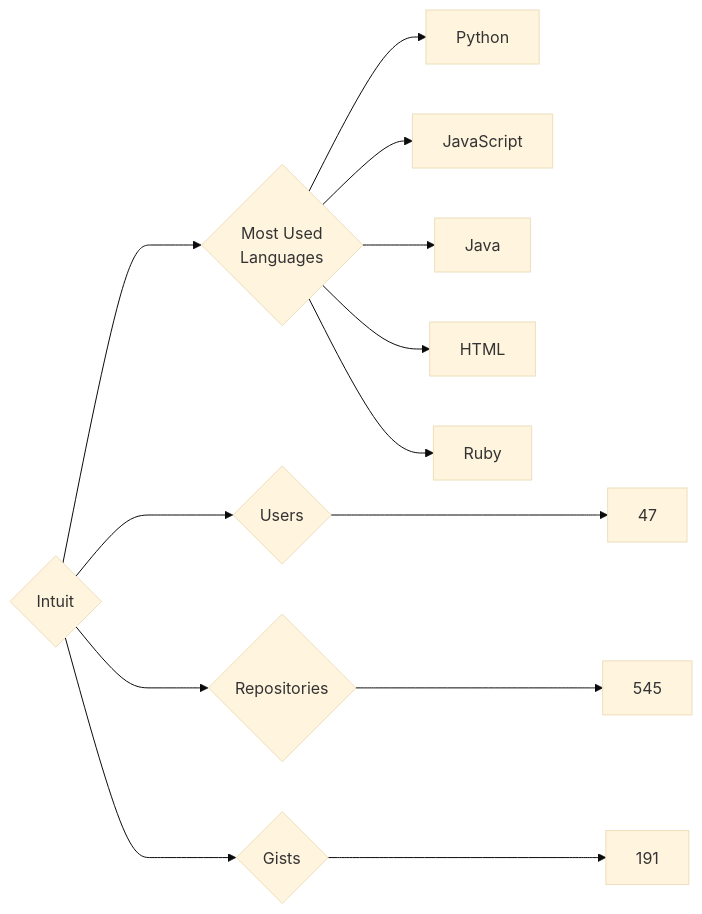
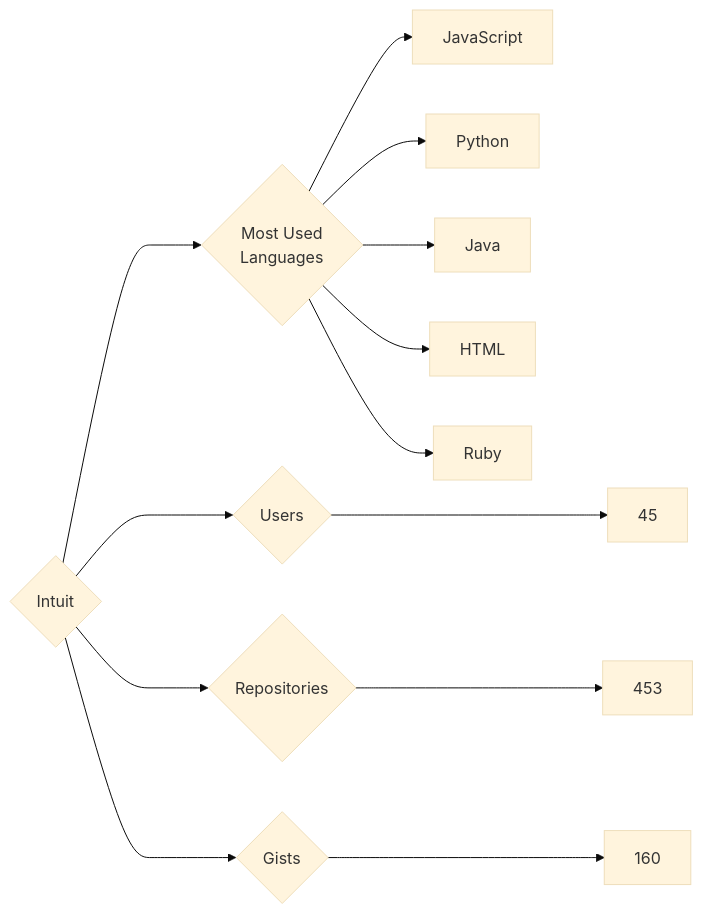
The diagram in targets/Intuit/README.md (trickest/insiders), drawn with Mermaid (base theme) before and after one commit. The commit also changed 951 other files, not shown here.

````diff
--- a/targets/Intuit/README.md
+++ b/targets/Intuit/README.md
@@ -3,13 +3,13 @@
 ```mermaid
 graph LR
 COMPANY_NAME{Intuit}
-COMPANY_NAME ---> U{Users} ---> UN[47]
-COMPANY_NAME ---> R{Repositories} ---> RN[545]
-COMPANY_NAME ---> G{Gists} ---> GN[191]
+COMPANY_NAME ---> U{Users} ---> UN[45]
+COMPANY_NAME ---> R{Repositories} ---> RN[453]
+COMPANY_NAME ---> G{Gists} ---> GN[160]
 COMPANY_NAME ---> ML{Most Used<br>Languages}
+ML --> JavaScript[JavaScript]
 ML --> Python[Python]
-ML --> JavaScript[JavaScript]
 ML --> Java[Java]
 ML --> HTML[HTML]
 ML --> Ruby[Ruby]
 ```
````
